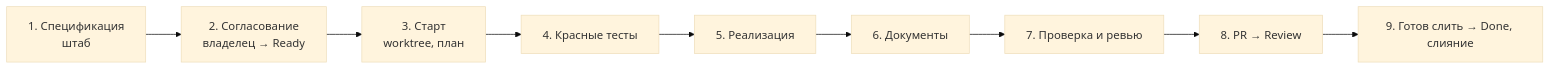
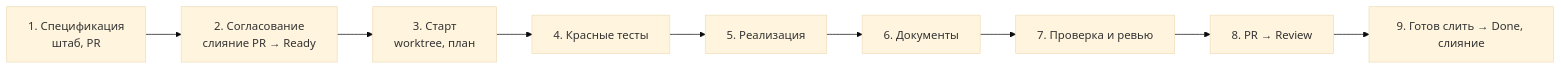
One commit to Nekomant/Studhub changed the diagram in docs/process.md. Above: the diagram before and after it, drawn with Mermaid (base theme). The commit also changed other lines of this file and 11 other files, not shown here.

````diff
--- a/docs/process.md
+++ b/docs/process.md
@@ -141,11 +141,11 @@
 ```mermaid
 flowchart LR
-  spec["1. Спецификация<br/>штаб"] --> ready["2. Согласование<br/>владелец → Ready"]
+  spec["1. Спецификация<br/>штаб, PR"] --> ready["2. Согласование<br/>слияние PR → Ready"]
   ready --> start["3. Старт<br/>worktree, план"]
   start --> red["4. Красные тесты"]
   red --> green["5. Реализация"]
   green --> docs["6. Документы"]
   docs --> check["7. Проверка и ревью"]
   check --> pr["8. PR → Review"]
   pr --> merge["9. Готов слить → Done, слияние"]
 ```
````
